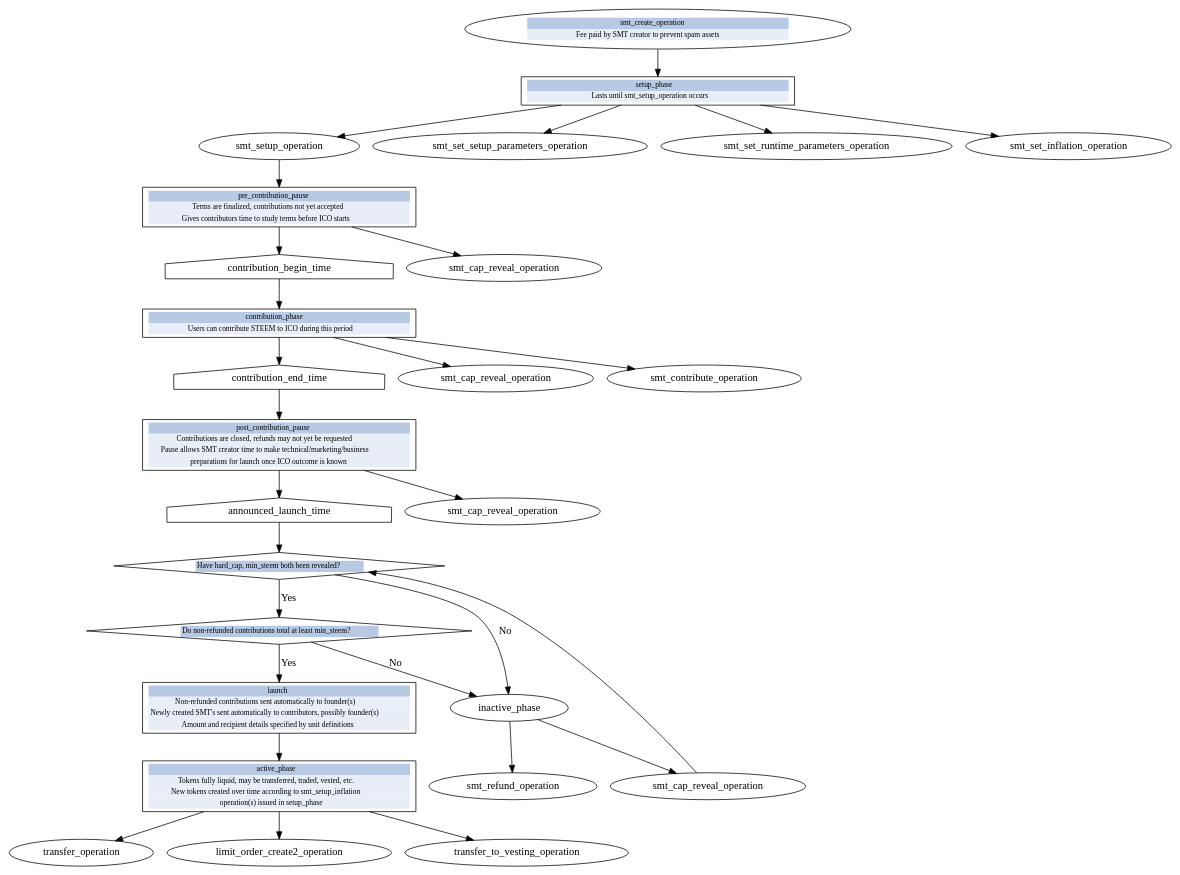
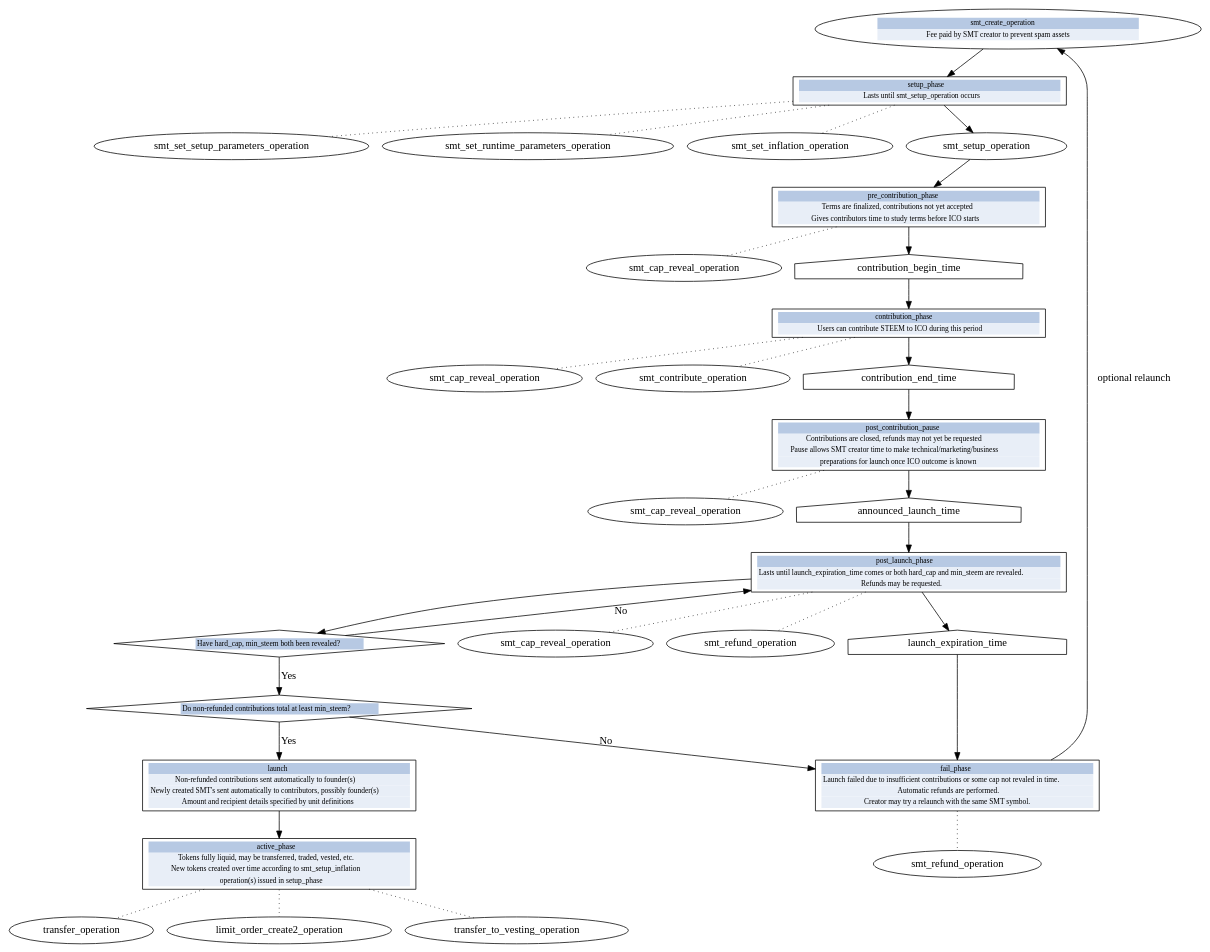
One commit to steemit/smt-whitepaper changed the diagram in smt-manual/timeline.dot. Above: the diagram before and after it, drawn with Graphviz.

Commit message:
Updated timeline.dot as specified in issue #171

```diff
--- a/smt-manual/timeline.dot
+++ b/smt-manual/timeline.dot
@@ -1,162 +1,199 @@
 digraph {
    {
       smt_create_operation[shape=ellipse group=mainline
 		label=
 		<
 			<FONT POINT-SIZE="10" FACE="dialog">
 			<TABLE BORDER="0" CELLSPACING="0">
 			<TR><TD WIDTH="350" BGCOLOR="#b7c9e3">smt_create_operation</TD></TR>
 			<TR><TD BGCOLOR="#e8eef7">Fee paid by SMT creator to prevent spam assets</TD></TR>
 			</TABLE>
 			</FONT>
 		>
       ]
 
       setup_phase[shape=rectangle group=mainline
 		label=
 		<
 			<FONT POINT-SIZE="10" FACE="dialog">
 			<TABLE BORDER="0" CELLSPACING="0">
 			<TR><TD WIDTH="350" BGCOLOR="#b7c9e3">setup_phase</TD></TR>
 			<TR><TD BGCOLOR="#e8eef7">Lasts until smt_setup_operation occurs</TD></TR>
 			</TABLE>
 			</FONT>
 		>
       ]
 
-      pre_contribution_pause[shape=rectangle group=mainline
+      pre_contribution_phase[shape=rectangle group=mainline
 		label=
 		<
 			<FONT POINT-SIZE="10" FACE="dialog">
 			<TABLE BORDER="0" CELLSPACING="0">
-			<TR><TD WIDTH="350" BGCOLOR="#b7c9e3">pre_contribution_pause</TD></TR>
+			<TR><TD WIDTH="350" BGCOLOR="#b7c9e3">pre_contribution_phase</TD></TR>
 			<TR><TD BGCOLOR="#e8eef7">Terms are finalized, contributions not yet accepted</TD></TR>
 			<TR><TD BGCOLOR="#e8eef7">Gives contributors time to study terms before ICO starts</TD></TR>
 			</TABLE>
 			</FONT>
 		>
       ]
 
       contribution_begin_time[shape=house group=mainline]
 
       contribution_phase[shape=rectangle group=mainline
 		label=
 		<
 			<FONT POINT-SIZE="10" FACE="dialog">
 			<TABLE BORDER="0" CELLSPACING="0">
 			<TR><TD WIDTH="350" BGCOLOR="#b7c9e3">contribution_phase</TD></TR>
 			<TR><TD BGCOLOR="#e8eef7">Users can contribute STEEM to ICO during this period</TD></TR>
 			</TABLE>
 			</FONT>
 		>
       ]
 
       contribution_end_time[shape=house group=mainline]
 
       post_contribution_pause[shape=rectangle group=mainline
 		label=
 		<
 			<FONT POINT-SIZE="10" FACE="dialog">
 			<TABLE BORDER="0" CELLSPACING="0">
 			<TR><TD WIDTH="350" BGCOLOR="#b7c9e3">post_contribution_pause</TD></TR>
 			<TR><TD BGCOLOR="#e8eef7">Contributions are closed, refunds may not yet be requested</TD></TR>
 			<TR><TD BGCOLOR="#e8eef7">Pause allows SMT creator time to make technical/marketing/business</TD></TR>
                         <TR><TD BGCOLOR="#e8eef7">preparations for launch once ICO outcome is known</TD></TR>
 			</TABLE>
 			</FONT>
 		>
       ]
 
       announced_launch_time[shape=house group=mainline]
 
-      cap_revealed[shape=diamond group=mainline
+      post_launch_phase[shape=rectangle group=mainline
+		label=
+		<
+			<FONT POINT-SIZE="10" FACE="dialog">
+			<TABLE BORDER="0" CELLSPACING="0">
+			<TR><TD WIDTH="350" BGCOLOR="#b7c9e3">post_launch_phase</TD></TR>
+			<TR><TD BGCOLOR="#e8eef7">Lasts until launch_expiration_time comes or both hard_cap and min_steem are revealed.</TD></TR>
+			<TR><TD BGCOLOR="#e8eef7">Refunds may be requested.</TD></TR>
+			</TABLE>
+			</FONT>
+		>
+      ]
+
+      launch_expiration_time[shape=house group=mainline]
+
+      fail_phase[shape=rectangle group=mainline
+		label=
+		<
+			<FONT POINT-SIZE="10" FACE="dialog">
+			<TABLE BORDER="0" CELLSPACING="0">
+			<TR><TD WIDTH="350" BGCOLOR="#b7c9e3">fail_phase</TD></TR>
+			<TR><TD BGCOLOR="#e8eef7">Launch failed due to insufficient contributions or some cap not revaled in time.</TD></TR>
+			<TR><TD BGCOLOR="#e8eef7">Automatic refunds are performed.</TD></TR>
+			<TR><TD BGCOLOR="#e8eef7">Creator may try a relaunch with the same SMT symbol.</TD></TR>
+			</TABLE>
+			</FONT>
+		>
+      ]
+
+      cap_revealed[shape=diamond group=successline
 		label=
 		<
 			<FONT POINT-SIZE="10" FACE="dialog">
 			<TABLE BORDER="0" CELLSPACING="0">
 			<TR><TD BGCOLOR="#b7c9e3">Have hard_cap, min_steem both been revealed?</TD></TR>
 			</TABLE>
 			</FONT>
 		>]
 
-      sufficient_contributions[shape=diamond group=mainline
+      sufficient_contributions[shape=diamond group=successline
 		label=
 		<
 			<FONT POINT-SIZE="10" FACE="dialog">
 			<TABLE BORDER="0" CELLSPACING="0">
 			<TR><TD BGCOLOR="#b7c9e3">Do non-refunded contributions total at least min_steem?</TD></TR>
 			</TABLE>
 			</FONT>
 		>]
 
-      launch[shape=rectangle group=mainline
+      launch[shape=rectangle group=successline
 		label=
 		<
 			<FONT POINT-SIZE="10" FACE="dialog">
 			<TABLE BORDER="0" CELLSPACING="0">
 			<TR><TD WIDTH="350" BGCOLOR="#b7c9e3">launch</TD></TR>
 			<TR><TD BGCOLOR="#e8eef7">Non-refunded contributions sent automatically to founder(s)</TD></TR>
 			<TR><TD BGCOLOR="#e8eef7">Newly created SMT's sent automatically to contributors, possibly founder(s)</TD></TR>
                         <TR><TD BGCOLOR="#e8eef7">Amount and recipient details specified by unit definitions</TD></TR>
 			</TABLE>
 			</FONT>
 		>
       ]
 
-      active_phase[shape=rectangle group=mainline
+      active_phase[shape=rectangle group=successline
 		label=
 		<
 			<FONT POINT-SIZE="10" FACE="dialog">
 			<TABLE BORDER="0" CELLSPACING="0">
 			<TR><TD WIDTH="350" BGCOLOR="#b7c9e3">active_phase</TD></TR>
 			<TR><TD BGCOLOR="#e8eef7">Tokens fully liquid, may be transferred, traded, vested, etc.</TD></TR>
 			<TR><TD BGCOLOR="#e8eef7">New tokens created over time according to smt_setup_inflation</TD></TR>
                         <TR><TD BGCOLOR="#e8eef7">operation(s) issued in setup_phase</TD></TR>
 			</TABLE>
 			</FONT>
 		>
       ]
 
       smt_setup_operation[shape=ellipse]
 
       smt_cap_reveal_operation_1[shape=ellipse label=smt_cap_reveal_operation]
       smt_cap_reveal_operation_2[shape=ellipse label=smt_cap_reveal_operation]
       smt_cap_reveal_operation_3[shape=ellipse label=smt_cap_reveal_operation]
       smt_cap_reveal_operation_4[shape=ellipse label=smt_cap_reveal_operation]
 
-      smt_refund_operation[shape=ellipse]
+      smt_refund_operation_1[shape=ellipse label=smt_refund_operation]
+      smt_refund_operation_2[shape=ellipse label=smt_refund_operation]
    }
+
+   {rank = same; cap_revealed; smt_cap_reveal_operation_4; smt_refund_operation_1; launch_expiration_time;}
 
    smt_create_operation -> setup_phase;
    setup_phase -> smt_setup_operation;
-   smt_setup_operation -> pre_contribution_pause;
-   pre_contribution_pause -> contribution_begin_time;
+   smt_setup_operation -> pre_contribution_phase;
+   pre_contribution_phase -> contribution_begin_time;
    contribution_begin_time -> contribution_phase;
    contribution_phase -> contribution_end_time;
    contribution_end_time -> post_contribution_pause;
    post_contribution_pause -> announced_launch_time;
-   announced_launch_time -> cap_revealed;
+   announced_launch_time -> post_launch_phase;
+   post_launch_phase -> launch_expiration_time;
+   launch_expiration_time -> fail_phase;
+   fail_phase -> smt_create_operation [label="optional relaunch"];
+   post_launch_phase -> cap_revealed;
    cap_revealed -> sufficient_contributions [label="Yes"];
    sufficient_contributions -> launch [label="Yes"];
-   sufficient_contributions -> inactive_phase [label="No"];
-   cap_revealed -> inactive_phase [label="No"];
+   sufficient_contributions -> fail_phase [label="No"];
+   cap_revealed -> post_launch_phase [label="No"];
    launch -> active_phase;
 
-   inactive_phase -> smt_cap_reveal_operation_4;
-   inactive_phase -> smt_refund_operation;
-   smt_cap_reveal_operation_4 -> cap_revealed;
+   post_launch_phase -> smt_cap_reveal_operation_4 [style=dotted arrowhead=none];
+   post_launch_phase -> smt_refund_operation_1 [style=dotted arrowhead=none];
 
-   setup_phase -> smt_set_setup_parameters_operation;
-   setup_phase -> smt_set_runtime_parameters_operation;
-   setup_phase -> smt_set_inflation_operation;
+   fail_phase -> smt_refund_operation_2 [style=dotted arrowhead=none];
 
-   pre_contribution_pause -> smt_cap_reveal_operation_1;
-   contribution_phase -> smt_cap_reveal_operation_2;
-   post_contribution_pause -> smt_cap_reveal_operation_3;
+   setup_phase -> smt_set_setup_parameters_operation [style=dotted arrowhead=none];
+   setup_phase -> smt_set_runtime_parameters_operation [style=dotted arrowhead=none];
+   setup_phase -> smt_set_inflation_operation [style=dotted arrowhead=none];
 
-   contribution_phase -> smt_contribute_operation;
+   pre_contribution_phase -> smt_cap_reveal_operation_1 [style=dotted arrowhead=none];
+   contribution_phase -> smt_cap_reveal_operation_2 [style=dotted arrowhead=none];
+   post_contribution_pause -> smt_cap_reveal_operation_3 [style=dotted arrowhead=none];
 
-   active_phase -> transfer_operation;
-   active_phase -> limit_order_create2_operation;
-   active_phase -> transfer_to_vesting_operation;
+   contribution_phase -> smt_contribute_operation [style=dotted arrowhead=none];
+
+   active_phase -> transfer_operation [style=dotted arrowhead=none];
+   active_phase -> limit_order_create2_operation [style=dotted arrowhead=none];
+   active_phase -> transfer_to_vesting_operation [style=dotted arrowhead=none];
 }
```
